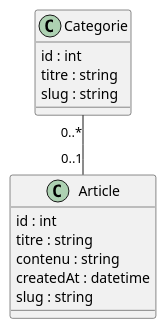
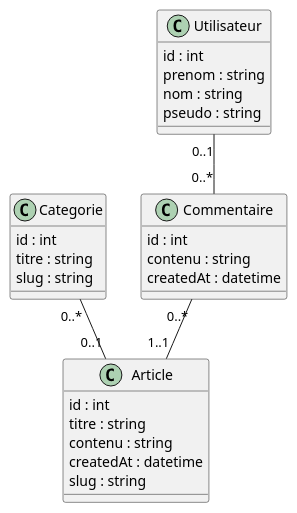
One commit to DryderXY/blog changed the diagram in documentation/diagrammeDeClasse.puml. Above: the diagram before and after it, drawn with PlantUML. The commit also changed 7 other files, not shown here.

```diff
--- a/documentation/diagrammeDeClasse.puml
+++ b/documentation/diagrammeDeClasse.puml
@@ -1,22 +1,36 @@
 @startuml
 
 class Categorie {
     id : int
     titre : string
     slug : string
 }
 
 class Article {
     id : int
     titre : string
     contenu : string
     createdAt : datetime
     slug : string
 }
 
+class Commentaire {
+    id : int
+    contenu : string
+    createdAt : datetime
+}
+
+class Utilisateur {
+    id : int
+    prenom : string
+    nom : string
+    pseudo : string
+}
 
 
 Categorie "0..*" -- "0..1" Article
+Commentaire "0..*" -- "1..1" Article
+Utilisateur "0..1" -- "0..*" Commentaire
 
 
 @enduml
```
